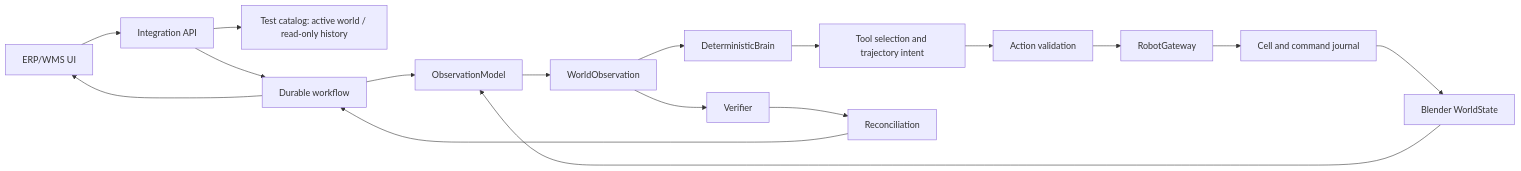
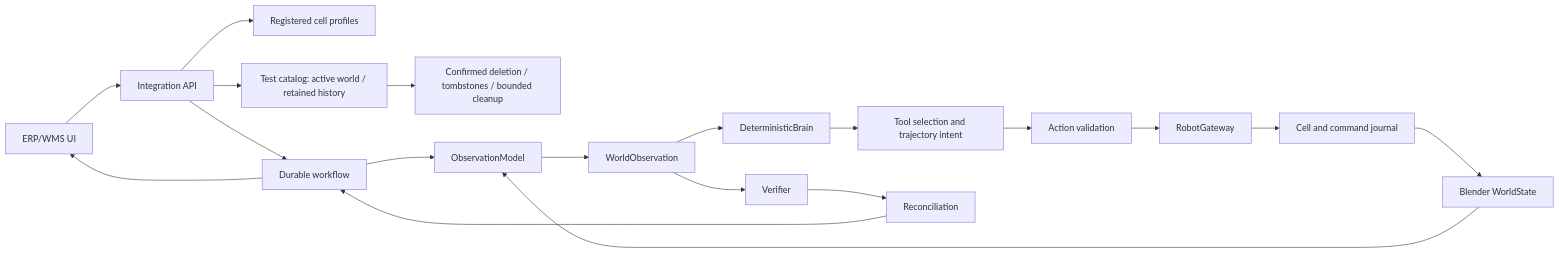
The diagram in README.md (raal1600/SICS-RobotOps-Twin-E2E-Warehouse-Robotics-Integration-Simulator), drawn with Mermaid before and after one commit. The commit also changed other lines of this file and 69 other files, not shown here.

Commit message:
Add robot cell selection and explicit simulation test deletion

````diff
--- a/README.md
+++ b/README.md
@@ -175,19 +190,21 @@
 ```mermaid
 flowchart LR
     ERP[ERP/WMS UI] --> API[Integration API]
-    API --> TEST[Test catalog: active world / read-only history]
+    API --> PROFILES[Registered cell profiles]
+    API --> TEST[Test catalog: active world / retained history]
+    TEST --> RETAIN[Confirmed deletion / tombstones / bounded cleanup]
     API --> WF[Durable workflow]
     WF --> O[ObservationModel]
     WO[WorldObservation] --> B[DeterministicBrain]
     B --> P[Tool selection and trajectory intent]
     P --> V[Action validation]
     V --> G[RobotGateway]
     G --> C[Cell and command journal]
     C --> W[Blender WorldState]
     W --> O
     O --> WO
     WO --> VERIFY[Verifier]
     VERIFY --> R[Reconciliation]
     R --> WF
     WF --> ERP
 ```
````
